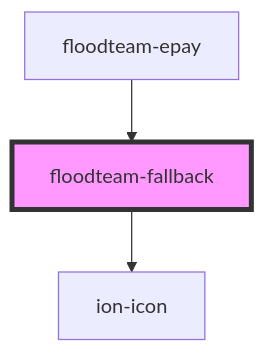
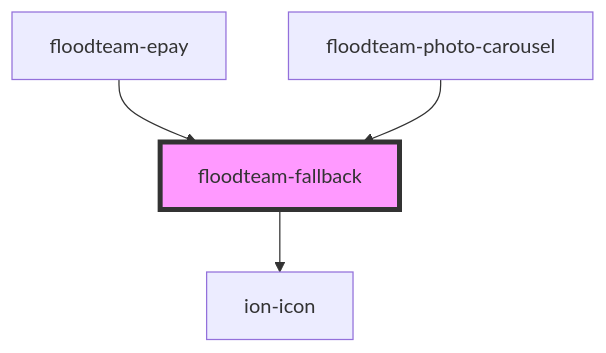
Before and after one commit to FloodTeam/components: the diagram in src/components/fallback/readme.md, drawn with Mermaid. The commit also changed other lines of this file and 20 other files, not shown here.

Commit message:
fix(): Create floating-button, input-json, job-progress, photo-carousel components as well as some other UI tweaks

````diff
--- a/src/components/fallback/readme.md
+++ b/src/components/fallback/readme.md
@@ -27,6 +28,7 @@
 ```mermaid
 graph TD;
   floodteam-fallback --> ion-icon
   floodteam-epay --> floodteam-fallback
+  floodteam-photo-carousel --> floodteam-fallback
   style floodteam-fallback fill:#f9f,stroke:#333,stroke-width:4px
 ```
````
